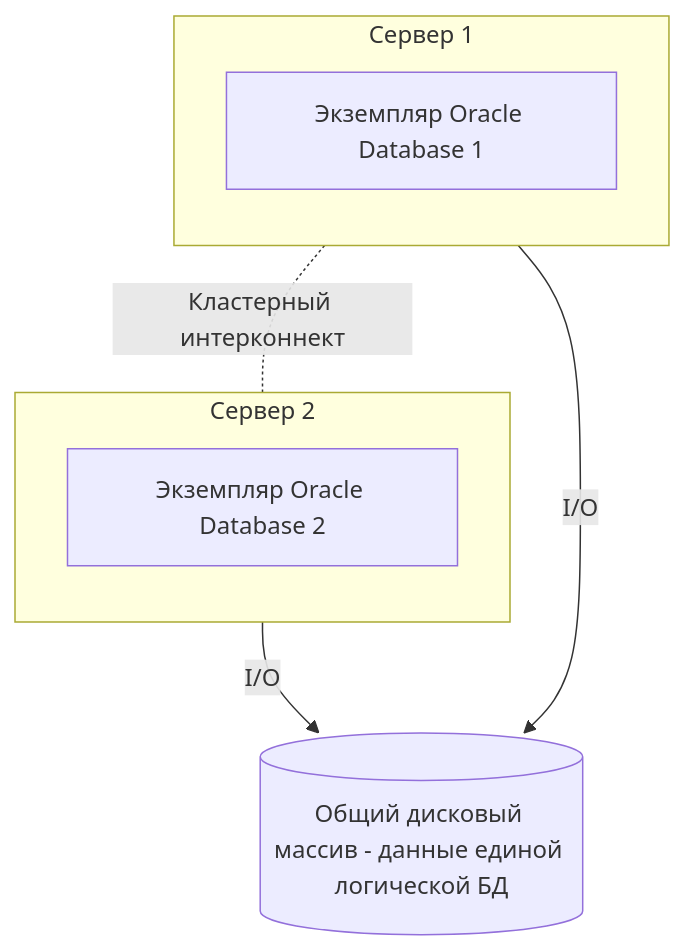
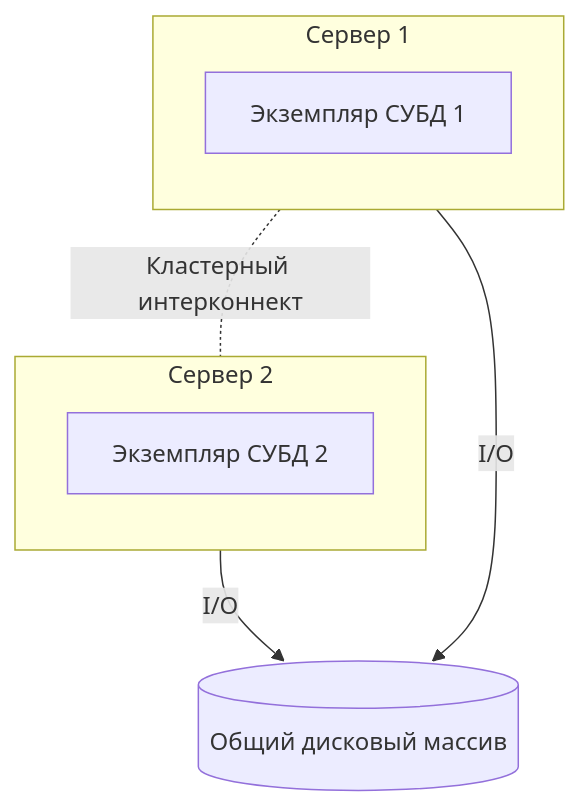
One commit to zinal/ydb-snippets changed the first of 3 diagrams in diagrams/db-diags.md. Above: the diagram before and after it, drawn with Mermaid.

````diff
--- a/diagrams/db-diags.md
+++ b/diagrams/db-diags.md
@@ -1,23 +1,23 @@
 ```mermaid
 flowchart TB
   %% Узлы кластера
   subgraph S1[Сервер 1]
     direction TB
-    I1[Экземпляр Oracle Database 1]
+    I1[Экземпляр СУБД 1]
   end
 
   subgraph S2[Сервер 2]
     direction TB
-    I2[Экземпляр Oracle Database 2]
+    I2[Экземпляр СУБД 2]
   end
 
   %% Общая СХД с файлами единой БД
-  SA[(Общий дисковый массив - данные единой логической БД)]
+  SA[(Общий дисковый массив)]
 
   %% Доступ экземпляров к общему диску
   I1 -->|I/O| SA
   I2 -->|I/O| SA
 
   %% Межузловое взаимодействие (RAC interconnect / Cache Fusion)
   I1 -. Кластерный интерконнект .- I2
 ```
````
